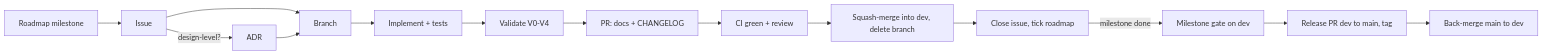
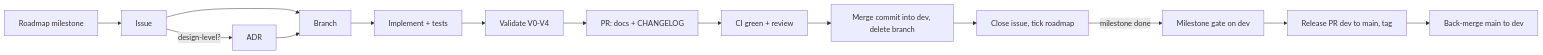
Before and after one commit to thanhndv212/long-tamp: the diagram in docs/development/workflow.md, drawn with Mermaid. The commit also changed other lines of this file and 3 other files, not shown here.

First line of the commit message:
docs(workflow): merge PRs with a merge commit, never squash or rebase

````diff
--- a/docs/development/workflow.md
+++ b/docs/development/workflow.md
@@ -8,16 +8,16 @@
 ```mermaid
 flowchart LR
   A[Roadmap milestone] --> B[Issue]
   B -->|design-level?| C[ADR]
   B --> D[Branch]
   C --> D
   D --> E[Implement + tests]
   E --> F[Validate V0-V4]
   F --> G[PR: docs + CHANGELOG]
   G --> H[CI green + review]
-  H --> I[Squash-merge into dev, delete branch]
+  H --> I[Merge commit into dev, delete branch]
   I --> J[Close issue, tick roadmap]
   J -->|milestone done| K[Milestone gate on dev]
   K --> L[Release PR dev to main, tag]
   L --> M[Back-merge main to dev]
 ```
````
